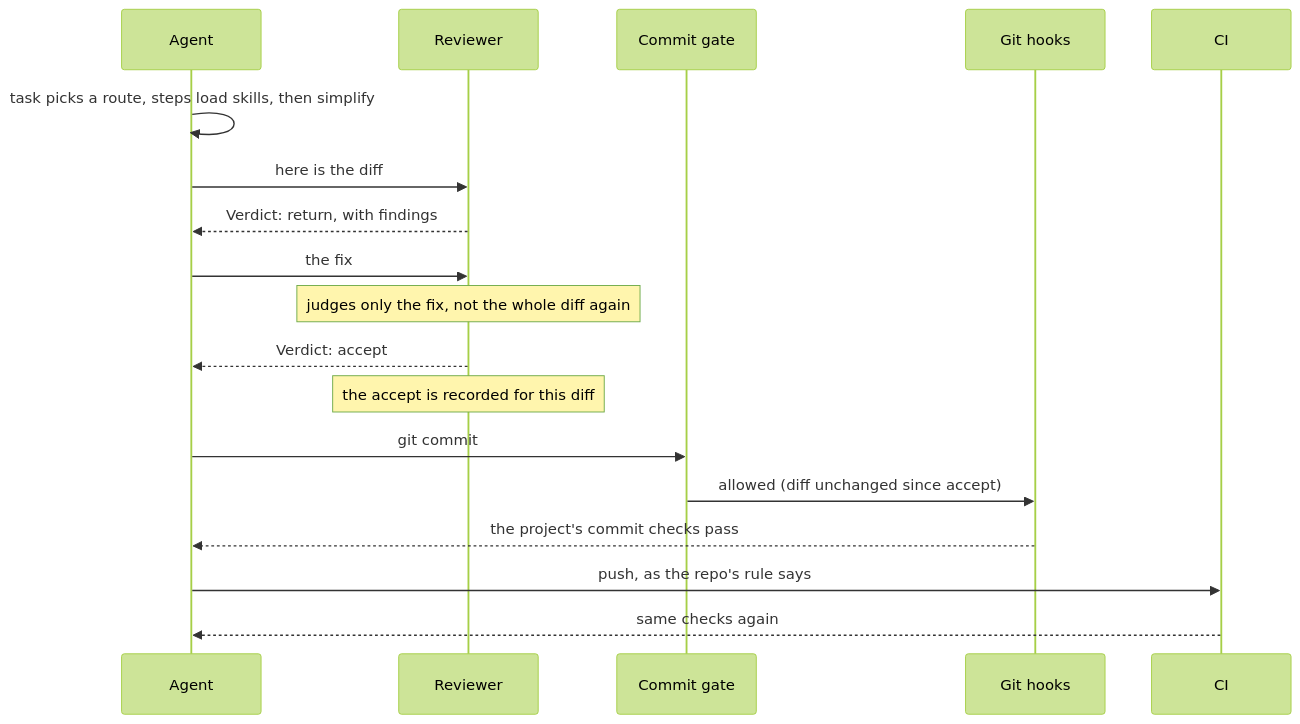
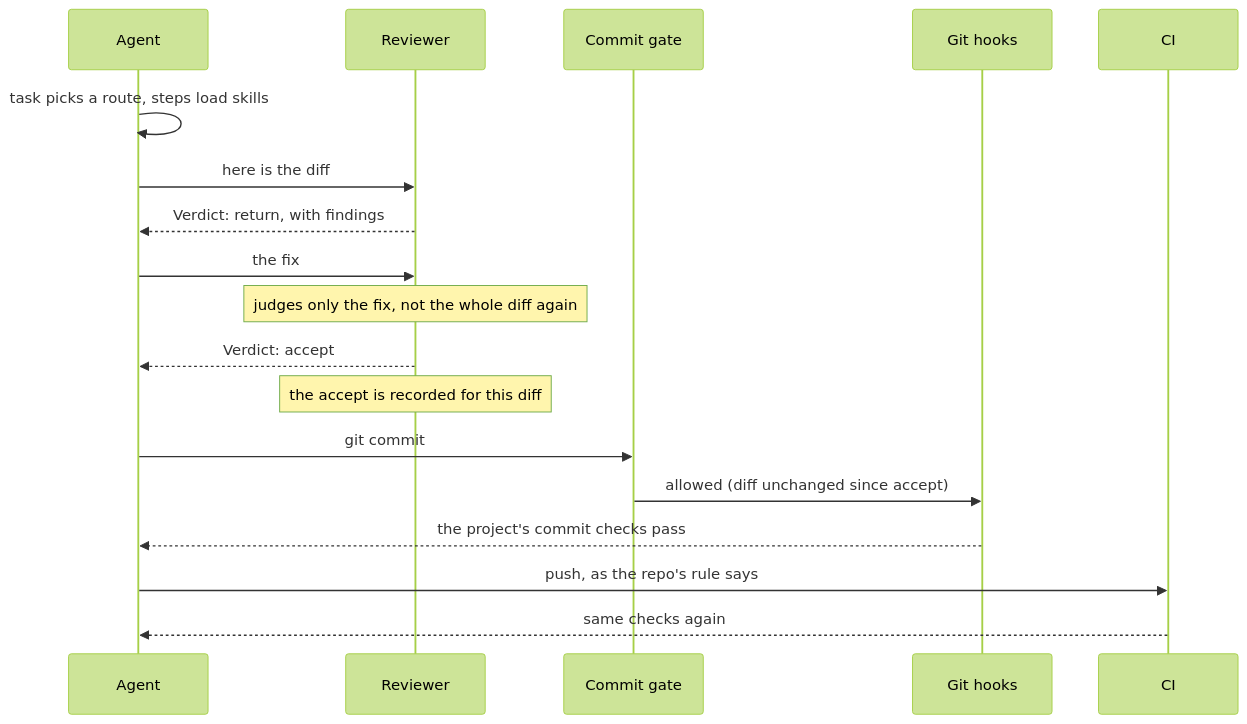
Before and after one commit to cniska/agent-skills: the third of 3 diagrams in README.md, drawn with Mermaid (forest theme). The commit also changed other lines of this file and 6 other files, not shown here.

Commit message:
refactor(task): drop simplify as a route step

````diff
--- a/README.md
+++ b/README.md
@@ -192,20 +192,20 @@
 ```mermaid
 sequenceDiagram
   participant A as Agent
   participant V as Reviewer
   participant P as Commit gate
   participant G as Git hooks
   participant C as CI
-  A->>A: task picks a route, steps load skills, then simplify
+  A->>A: task picks a route, steps load skills
   A->>V: here is the diff
   V-->>A: Verdict: return, with findings
   A->>V: the fix
   Note over V: judges only the fix, not the whole diff again
   V-->>A: Verdict: accept
   Note over V: the accept is recorded for this diff
   A->>P: git commit
   P->>G: allowed (diff unchanged since accept)
   G-->>A: the project's commit checks pass
   A->>C: push, as the repo's rule says
   C-->>A: same checks again
 ```
````
